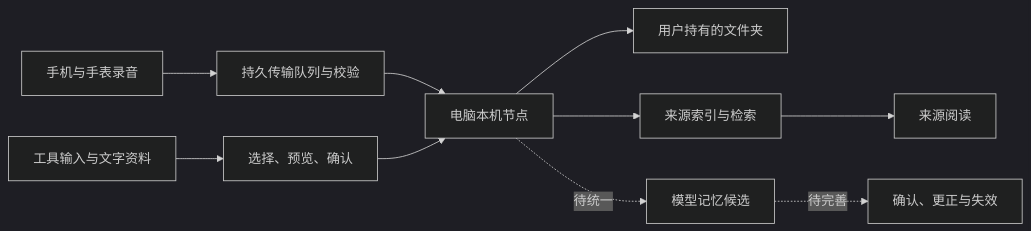
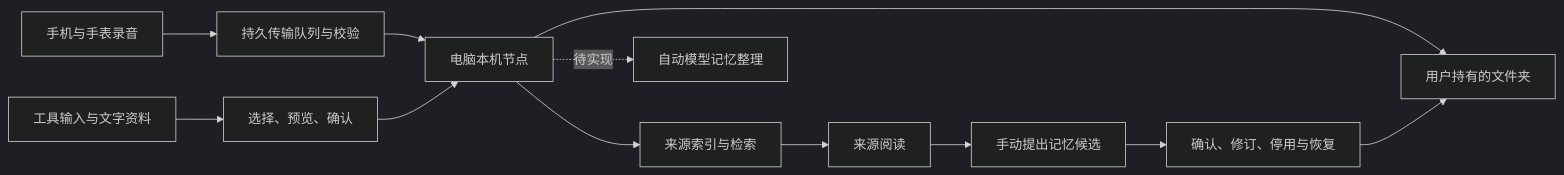
The diagram in docs/architecture.md (Hanyan179/Tracebook), drawn with Mermaid (dark theme) before and after one commit. The commit also changed other lines of this file and 28 other files, not shown here.

````diff
--- a/docs/architecture.md
+++ b/docs/architecture.md
@@ -5,12 +5,14 @@
 ```mermaid
 flowchart LR
   A[手机与手表录音] --> B[持久传输队列与校验]
   B --> C[电脑本机节点]
   D[工具输入与文字资料] --> E[选择、预览、确认]
   E --> C
   C --> F[用户持有的文件夹]
   C --> G[来源索引与检索]
   G --> H[来源阅读]
-  C -. 待统一 .-> I[模型记忆候选]
-  I -. 待完善 .-> J[确认、更正与失效]
+  H --> I[手动提出记忆候选]
+  I --> J[确认、修订、停用与恢复]
+  J --> F
+  C -. 待实现 .-> K[自动模型记忆整理]
 ```
````
